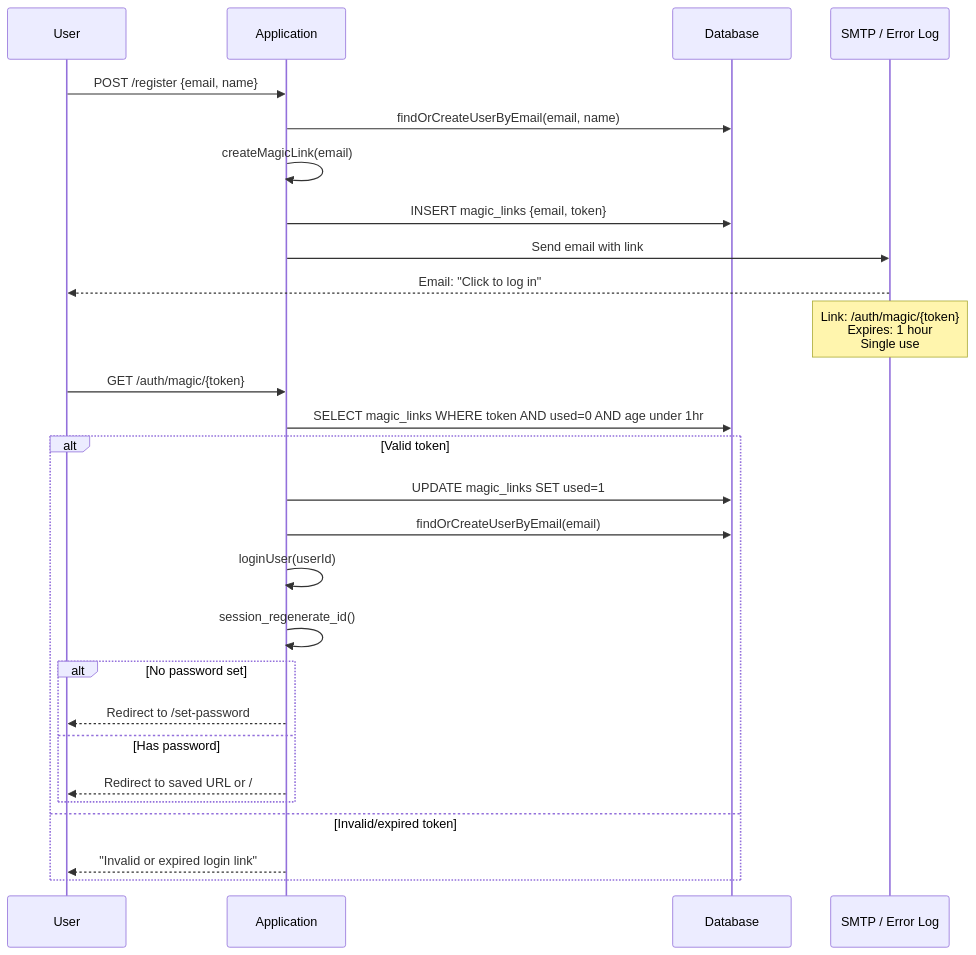
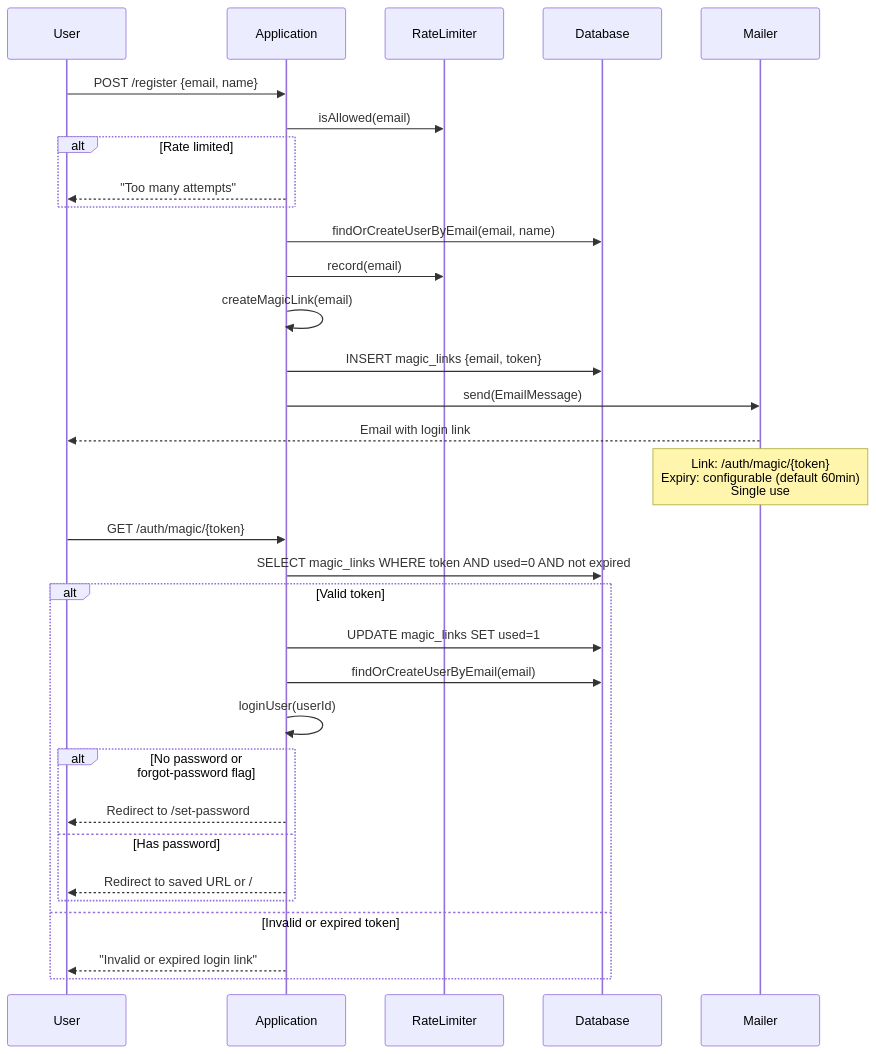
One commit to robsartin/heirloom changed the third of 14 diagrams in doc/DEVELOPER.md. Above: the diagram before and after it, drawn with Mermaid. The commit also changed other lines of this file, not shown here.

First line of the commit message:
Add PHPDoc to all source files and update Mermaid diagrams

````diff
--- a/doc/DEVELOPER.md
+++ b/doc/DEVELOPER.md
@@ -82,31 +103,36 @@
 ```mermaid
 sequenceDiagram
     participant U as User
     participant App as Application
+    participant RL as RateLimiter
     participant DB as Database
-    participant Mail as SMTP / Error Log
+    participant Mail as Mailer
 
     U->>App: POST /register {email, name}
+    App->>RL: isAllowed(email)
+    alt Rate limited
+        App-->>U: "Too many attempts"
+    end
     App->>DB: findOrCreateUserByEmail(email, name)
+    App->>RL: record(email)
     App->>App: createMagicLink(email)
     App->>DB: INSERT magic_links {email, token}
-    App->>Mail: Send email with link
-    Mail-->>U: Email: "Click to log in"
-    Note over Mail: Link: /auth/magic/{token}<br/>Expires: 1 hour<br/>Single use
+    App->>Mail: send(EmailMessage)
+    Mail-->>U: Email with login link
+    Note over Mail: Link: /auth/magic/{token}<br/>Expiry: configurable (default 60min)<br/>Single use
 
     U->>App: GET /auth/magic/{token}
-    App->>DB: SELECT magic_links WHERE token AND used=0 AND age under 1hr
+    App->>DB: SELECT magic_links WHERE token AND used=0 AND not expired
     alt Valid token
         App->>DB: UPDATE magic_links SET used=1
         App->>DB: findOrCreateUserByEmail(email)
         App->>App: loginUser(userId)
-        App->>App: session_regenerate_id()
-        alt No password set
+        alt No password or forgot-password flag
             App-->>U: Redirect to /set-password
         else Has password
             App-->>U: Redirect to saved URL or /
         end
-    else Invalid/expired token
+    else Invalid or expired token
         App-->>U: "Invalid or expired login link"
     end
 ```
````
